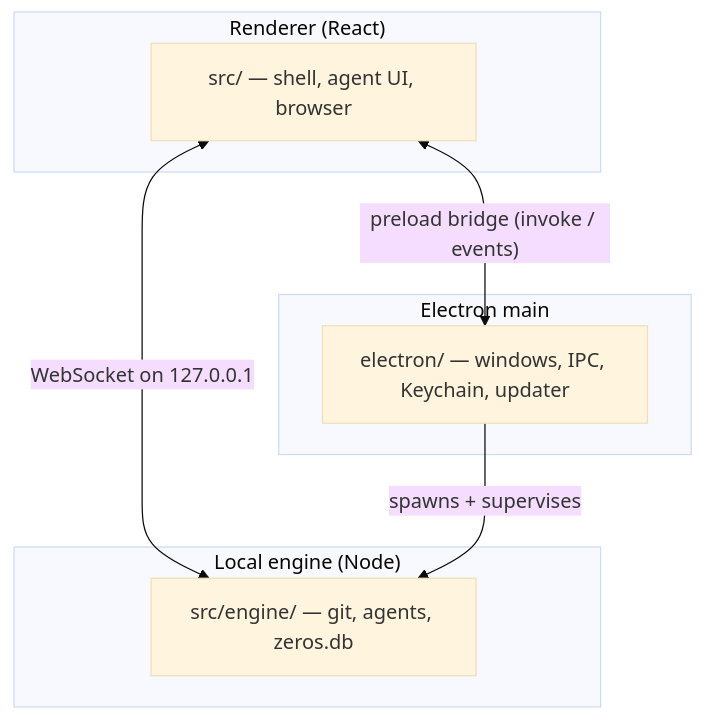
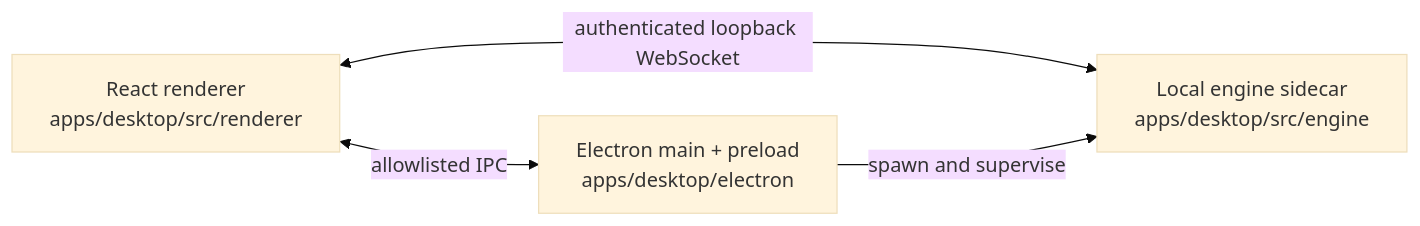
One commit to Withso/zeros changed the diagram in README.md. Above: the diagram before and after it, drawn with Mermaid (base theme). The commit also changed other lines of this file and 3505 other files, not shown here.

````diff
--- a/README.md
+++ b/README.md
@@ -50,15 +93,10 @@
 ```mermaid
-flowchart TB
-  subgraph renderer["Renderer (React)"]
-    R["src/ — shell, agent UI, browser"]
-  end
-  subgraph main["Electron main"]
-    M["electron/ — windows, IPC, Keychain, updater"]
-  end
-  subgraph engine["Local engine (Node)"]
-    E["src/engine/ — git, agents, zeros.db"]
-  end
-  R <-->|"preload bridge (invoke / events)"| M
-  R <-->|"WebSocket on 127.0.0.1"| E
-  M -->|spawns + supervises| E
+flowchart LR
+  R["React renderer\napps/desktop/src/renderer"]
+  M["Electron main + preload\napps/desktop/electron"]
+  E["Local engine sidecar\napps/desktop/src/engine"]
+
+  R <-->|"allowlisted IPC"| M
+  R <-->|"authenticated loopback WebSocket"| E
+  M -->|"spawn and supervise"| E
 ```
````
